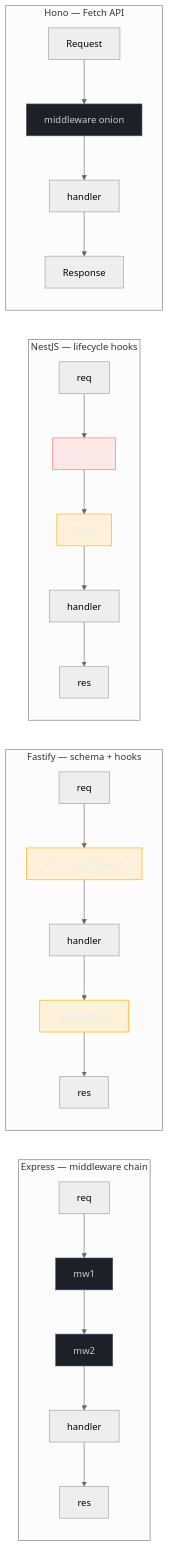
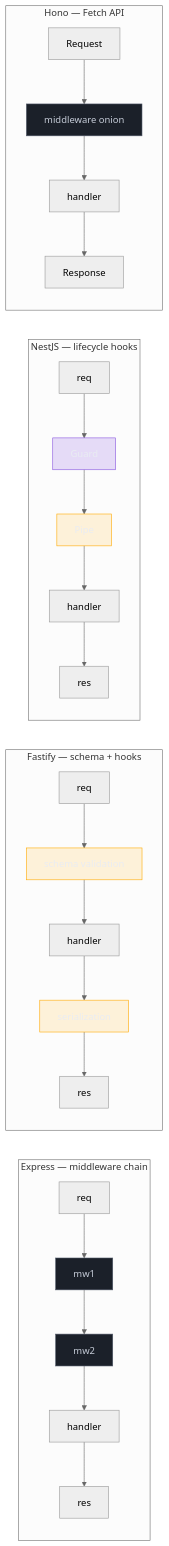
One commit to josenaldo/codex-technomanticus changed the diagram in 03-Dominios/Tecnologia/Node/Frameworks e arquitetura/01 - Os 4 frameworks - Express, NestJS, Fastify, Hono.md. Above: the diagram before and after it, drawn with Mermaid (neutral theme). The commit also changed 601 other files, not shown here.

````diff
--- a/03-Dominios/Tecnologia/Node/Frameworks e arquitetura/01 - Os 4 frameworks - Express, NestJS, Fastify, Hono.md
+++ b/03-Dominios/Tecnologia/Node/Frameworks e arquitetura/01 - Os 4 frameworks - Express, NestJS, Fastify, Hono.md
@@ -50,26 +50,26 @@
 ```mermaid
 graph LR
+    classDef marca fill:#8855DF33,stroke:#8855DF,color:#E9ECF2
     classDef neutro fill:#1B2029,stroke:#4E5666,color:#C6CCD8
     classDef destaque fill:#FFAA0024,stroke:#FFAA00,color:#E9ECF2
-    classDef falha fill:#FF6B6B24,stroke:#FF6B6B,color:#E9ECF2
     subgraph EX["Express — middleware chain"]
         E1[req] --> E2[mw1] --> E3[mw2] --> E4[handler] --> E5[res]
     end
     subgraph FS["Fastify — schema + hooks"]
         F1[req] --> F2[schema validation] --> F3[handler] --> F4[serialization] --> F5[res]
     end
     subgraph NS["NestJS — lifecycle hooks"]
         N1[req] --> N2[Guard] --> N3[Pipe] --> N4[handler] --> N5[res]
     end
     subgraph HO["Hono — Fetch API"]
         H1[Request] --> H2[middleware onion] --> H3[handler] --> H4[Response]
     end
 
     class E2 neutro
     class E3 neutro
     class F2 destaque
     class F4 destaque
-    class N2 falha
+    class N2 marca
     class N3 destaque
     class H2 neutro
 ```
````
